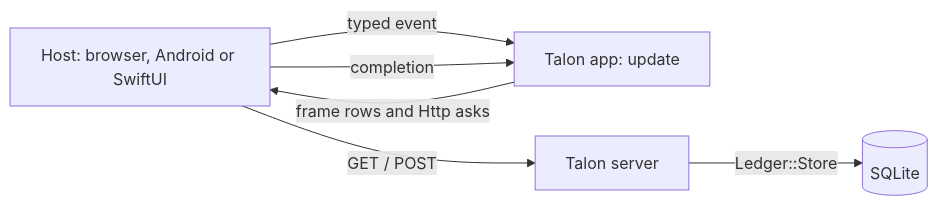
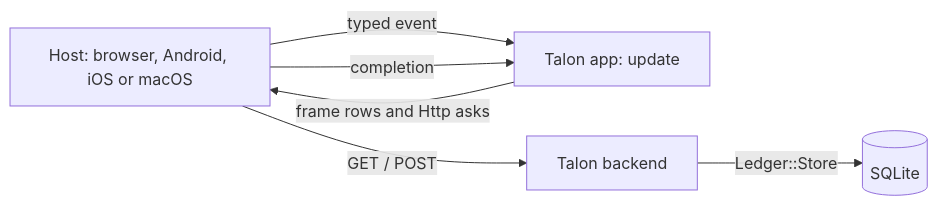
The diagram in src/osprey/examples/talon/README.md (Nimblesite/osprey), drawn with Mermaid before and after one commit. The commit also changed other lines of this file and 121 other files, not shown here.

````diff
--- a/src/osprey/examples/talon/README.md
+++ b/src/osprey/examples/talon/README.md
@@ -32,8 +38,8 @@
 ```mermaid
 flowchart LR
-    host[Host: browser, Android or SwiftUI] -->|typed event| app[Talon app: update]
+    host[Host: browser, Android, iOS or macOS] -->|typed event| app[Talon app: update]
     app -->|frame rows and Http asks| host
-    host -->|GET / POST| api[Talon server]
+    host -->|GET / POST| api[Talon backend]
     api -->|Ledger::Store| db[(SQLite)]
     host -->|completion| app
 ```
````
